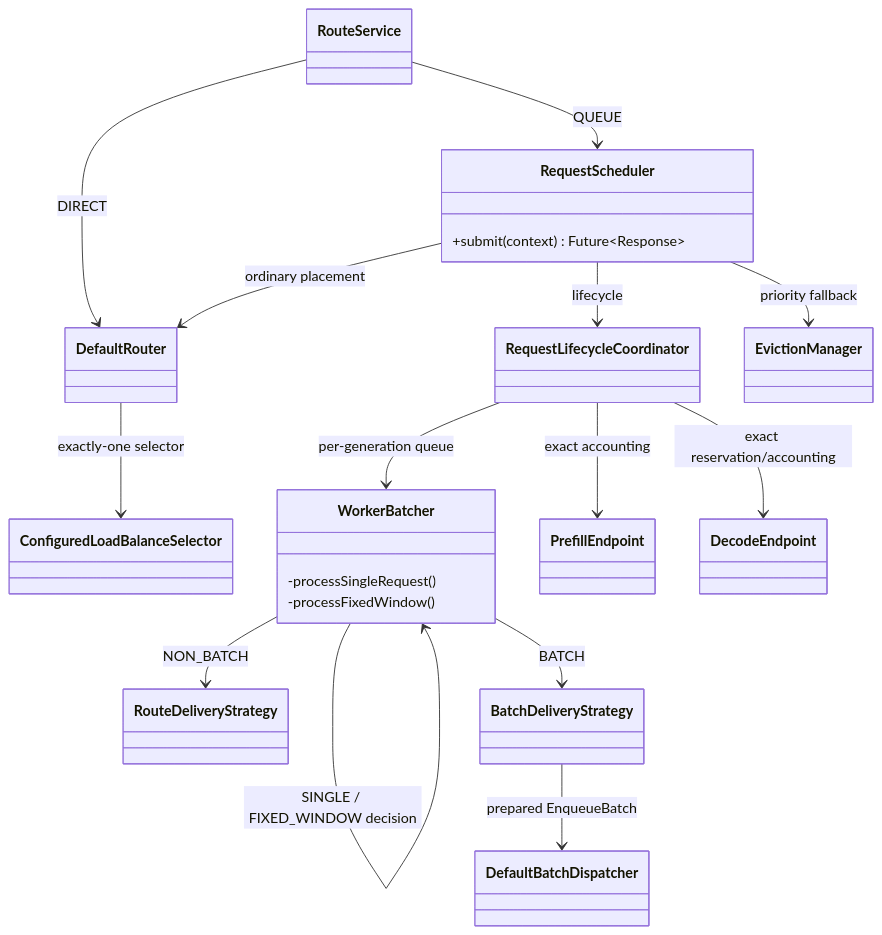
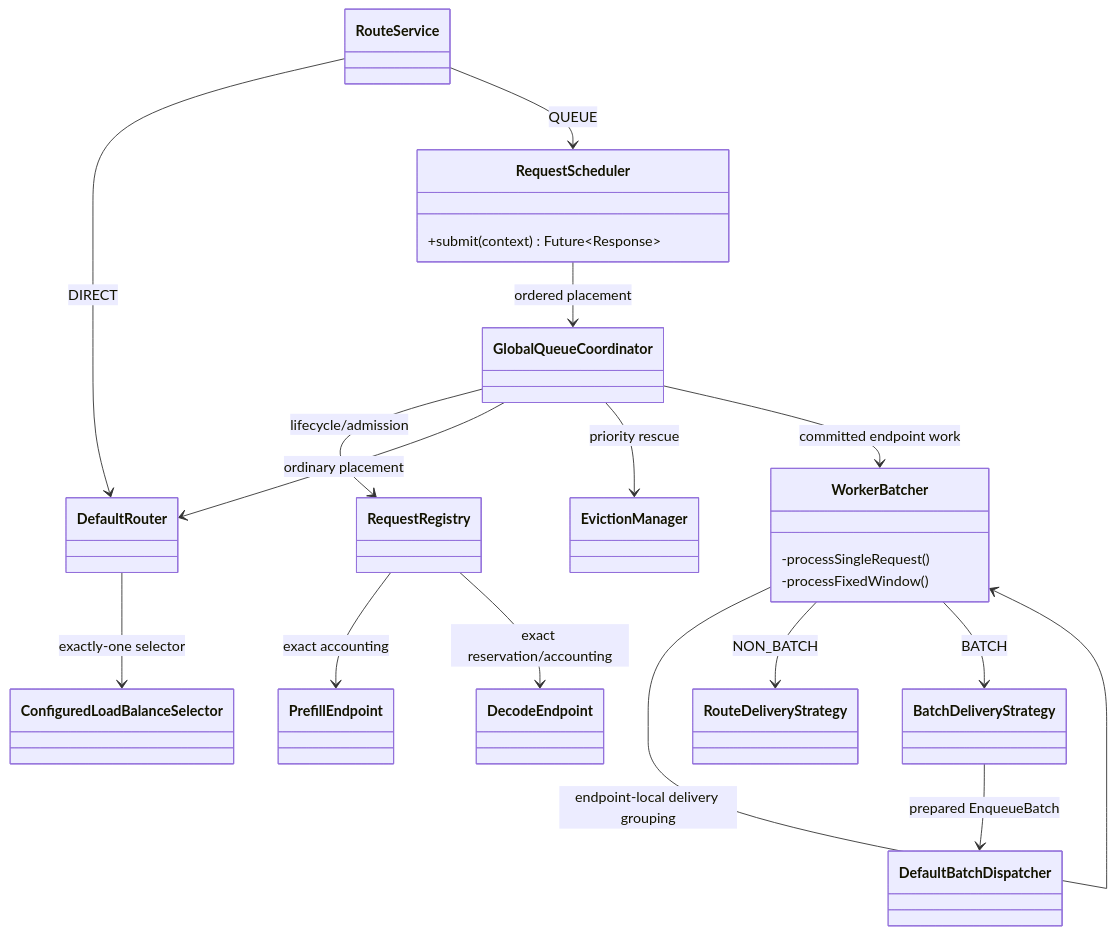
The first of 2 diagrams in rtp_llm/flexlb/docs/priority-scheduler-delivery-modes.md (alibaba/rtp-llm), drawn with Mermaid before and after one commit. The commit also changed other lines of this file and 77 other files, not shown here.

Commit message:
refactor(flexlb): unify queued placement and delivery credits

````diff
--- a/rtp_llm/flexlb/docs/priority-scheduler-delivery-modes.md
+++ b/rtp_llm/flexlb/docs/priority-scheduler-delivery-modes.md
@@ -30,34 +29,36 @@
 ```mermaid
 classDiagram
     class RouteService
     class DefaultRouter
     class ConfiguredLoadBalanceSelector
     class RequestScheduler {
         +submit(context) Future~Response~
     }
-    class RequestLifecycleCoordinator
+    class GlobalQueueCoordinator
+    class RequestRegistry
     class EvictionManager
     class WorkerBatcher {
         -processSingleRequest()
         -processFixedWindow()
     }
     class RouteDeliveryStrategy
     class BatchDeliveryStrategy
     class DefaultBatchDispatcher
     class PrefillEndpoint
     class DecodeEndpoint
 
     RouteService --> DefaultRouter : DIRECT
     RouteService --> RequestScheduler : QUEUE
     DefaultRouter --> ConfiguredLoadBalanceSelector : exactly-one selector
-    RequestScheduler --> RequestLifecycleCoordinator : lifecycle
-    RequestScheduler --> DefaultRouter : ordinary placement
-    RequestScheduler --> EvictionManager : priority fallback
-    RequestLifecycleCoordinator --> WorkerBatcher : per-generation queue
-    WorkerBatcher --> WorkerBatcher : SINGLE / FIXED_WINDOW decision
+    RequestScheduler --> GlobalQueueCoordinator : ordered placement
+    GlobalQueueCoordinator --> RequestRegistry : lifecycle/admission
+    GlobalQueueCoordinator --> DefaultRouter : ordinary placement
+    GlobalQueueCoordinator --> EvictionManager : priority rescue
+    GlobalQueueCoordinator --> WorkerBatcher : committed endpoint work
+    WorkerBatcher --> WorkerBatcher : endpoint-local delivery grouping
     WorkerBatcher --> RouteDeliveryStrategy : NON_BATCH
     WorkerBatcher --> BatchDeliveryStrategy : BATCH
     BatchDeliveryStrategy --> DefaultBatchDispatcher : prepared EnqueueBatch
-    RequestLifecycleCoordinator --> PrefillEndpoint : exact accounting
-    RequestLifecycleCoordinator --> DecodeEndpoint : exact reservation/accounting
+    RequestRegistry --> PrefillEndpoint : exact accounting
+    RequestRegistry --> DecodeEndpoint : exact reservation/accounting
 ```
````
